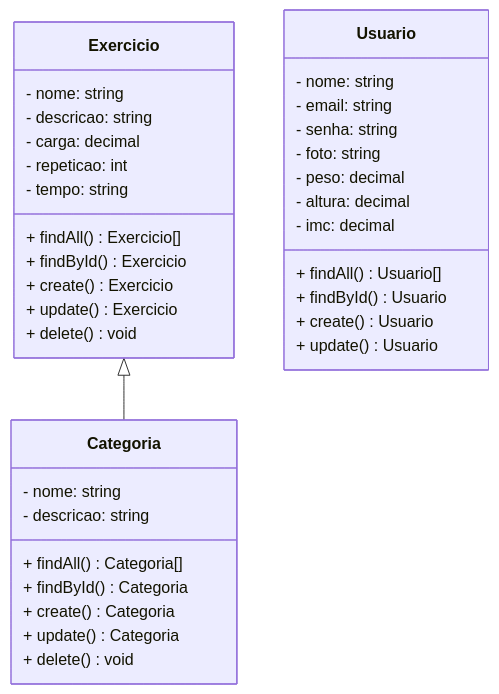
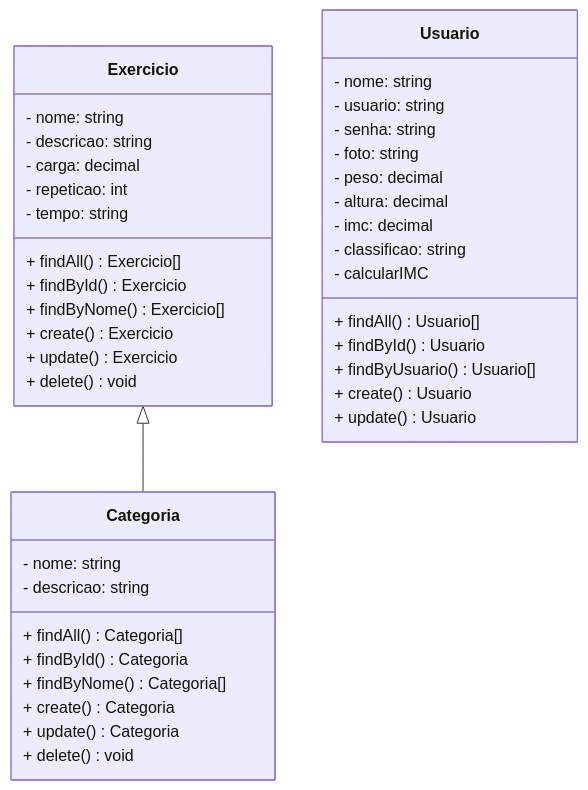
The diagram in README.md (grupo-02-turma-javascript-06/fitness-backend), drawn with Mermaid before and after one commit. The commit also changed other lines of this file, not shown here.

````diff
--- a/README.md
+++ b/README.md
@@ -28,38 +31,43 @@
 ```mermaid
 classDiagram
 class Categoria {
   - nome: string
   - descricao: string
   + findAll() Categoria[]
   + findById() Categoria
+  + findByNome() Categoria[]
   + create() Categoria
   + update() Categoria
   + delete() void
 }
 class Exercicio {
   - nome: string
   - descricao: string
   - carga: decimal
   - repeticao: int
   - tempo: string
   + findAll() Exercicio[]
   + findById() Exercicio
+  + findByNome() Exercicio[]
   + create() Exercicio
   + update() Exercicio
   + delete() void
 }
 class Usuario {
   - nome: string
-  - email: string
+  - usuario: string
   - senha: string
   - foto: string
   - peso: decimal
   - altura: decimal
   - imc: decimal
+  - classificao: string
+  - calcularIMC
   + findAll() Usuario[]
   + findById() Usuario
+  + findByUsuario() Usuario[]
   + create() Usuario
   + update() Usuario
 }
 Exercicio <|-- Categoria
 ```
````
